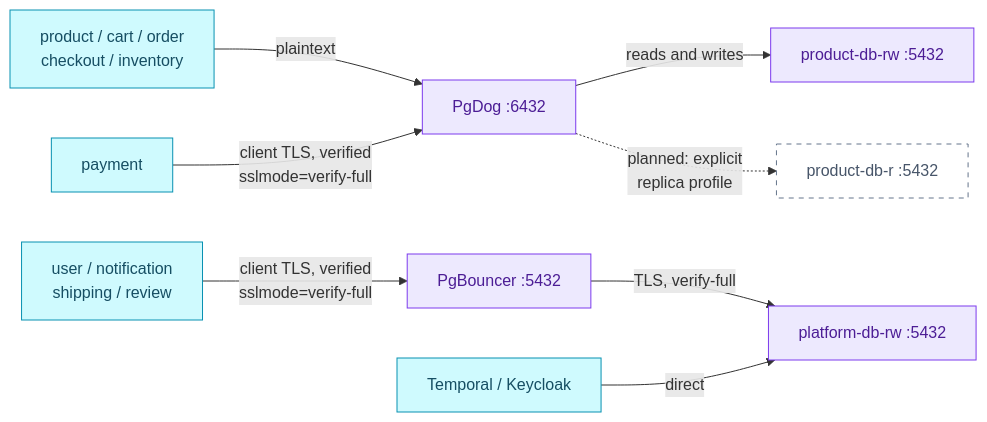
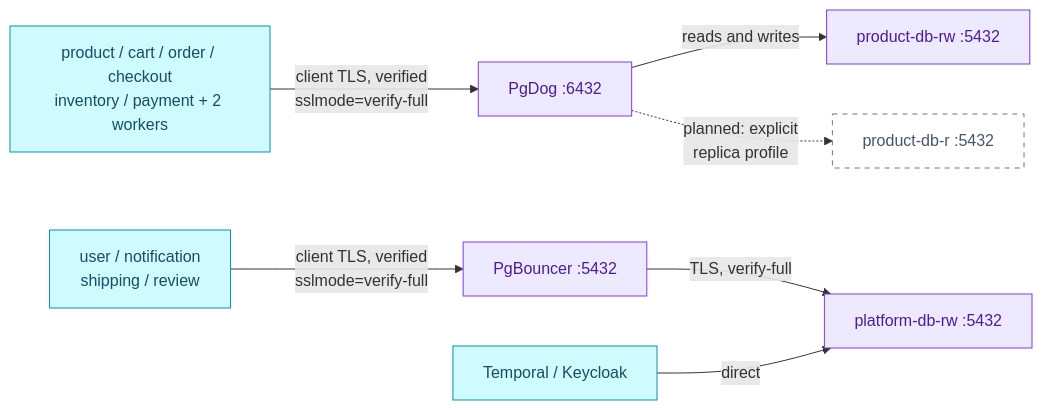
Before and after one commit to duynhlab/homelab: the diagram in docs/databases/poolers.md, drawn with Mermaid. The commit also changed other lines of this file and 22 other files, not shown here.

Commit message:
Verify PgDog from every product-db client (#1297)

````diff
--- a/docs/databases/poolers.md
+++ b/docs/databases/poolers.md
@@ -34,18 +34,17 @@
 ```mermaid
 flowchart LR
-    ProductClients["product / cart / order<br/>checkout / inventory"] -->|"plaintext"| PgDog["PgDog :6432"]
-    Payment["payment"] -->|"client TLS, verified<br/>sslmode=verify-full"| PgDog
+    ProductClients["product / cart / order / checkout<br/>inventory / payment + 2 workers"] -->|"client TLS, verified<br/>sslmode=verify-full"| PgDog["PgDog :6432"]
     PgDog -->|"reads and writes"| ProductRW["product-db-rw :5432"]
     PgDog -.->|"planned: explicit<br/>replica profile"| ProductR["product-db-r :5432"]
 
     PlatformClients["user / notification<br/>shipping / review"] -->|"client TLS, verified<br/>sslmode=verify-full"| PgBouncer["PgBouncer :5432"]
     PgBouncer -->|"TLS, verify-full"| PlatformRW["platform-db-rw :5432"]
     Direct["Temporal / Keycloak"] -->|"direct"| PlatformRW
 
     classDef service fill:#cffafe,color:#164e63,stroke:#0891b2;
     classDef platform fill:#ede9fe,color:#4c1d95,stroke:#7c3aed;
-    class ProductClients,Payment,PlatformClients,Direct service;
+    class ProductClients,PlatformClients,Direct service;
     classDef planned fill:#fff,color:#475569,stroke:#64748b,stroke-dasharray:5 5;
     class PgDog,PgBouncer,ProductRW,PlatformRW platform;
     class ProductR planned;
 ```
````
